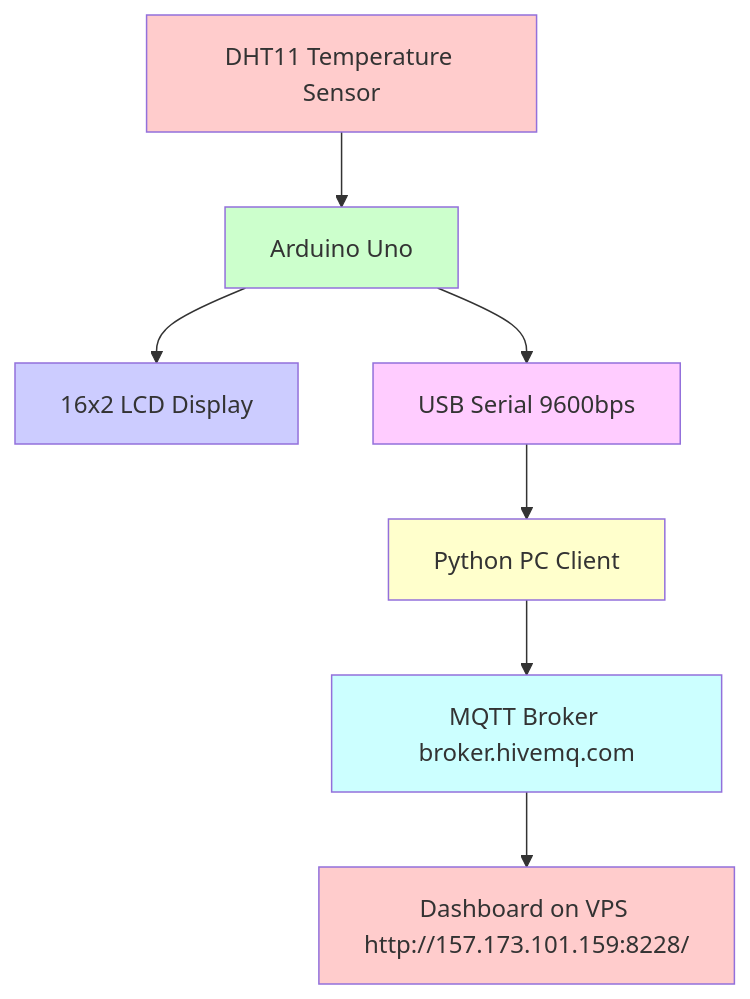
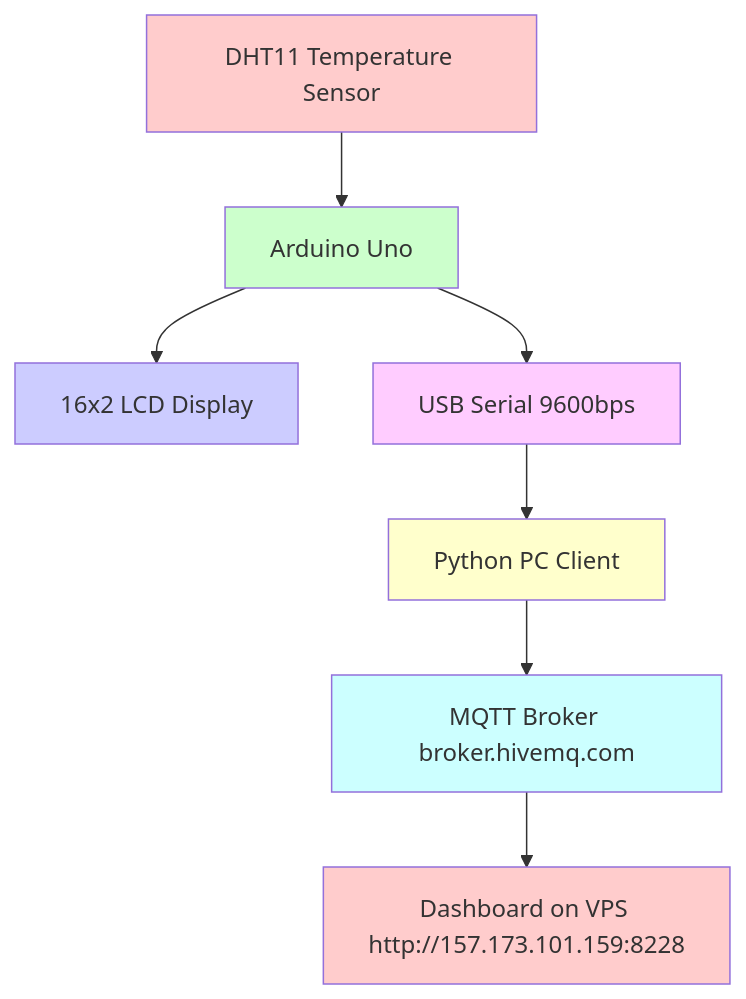
The diagram in README.md (Ki-Will/DHT-MQTT-DISPlAY), drawn with Mermaid before and after one commit.

Commit message:
Remove trailing slash from VPS dashboard URL

````diff
--- a/README.md
+++ b/README.md
@@ -11,16 +11,16 @@
 ```mermaid
 flowchart TD
     A[DHT11 Temperature Sensor] --> B[Arduino Uno]
     B --> C[16x2 LCD Display]
     B --> D[USB Serial 9600bps]
     D --> E[Python PC Client]
     E --> F[MQTT Broker broker.hivemq.com]
-    F --> G[Dashboard on VPS http://157.173.101.159:8228/]
+    F --> G[Dashboard on VPS http://157.173.101.159:8228]
     style A fill:#ffcccc
     style B fill:#ccffcc
     style C fill:#ccccff
     style D fill:#ffccff
     style E fill:#ffffcc
     style F fill:#ccffff
     style G fill:#ffcccc
 ```
````
